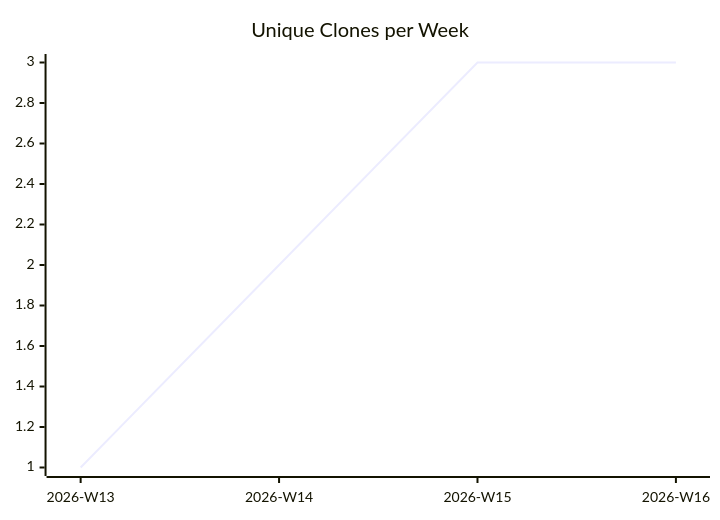
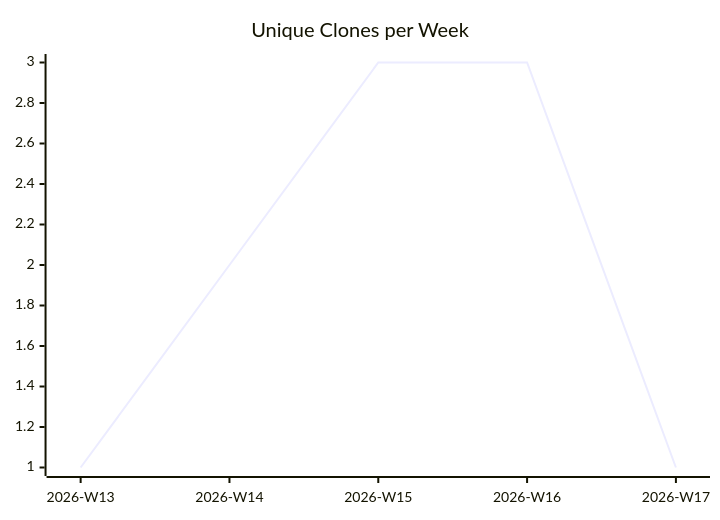
Before and after one commit to justdavis-family/github-analytics-data: the third of 3 diagrams in karlmdavis/xmlpull/README.md, drawn with Mermaid. The commit also changed other lines of this file and 192 other files, not shown here.

````diff
--- a/karlmdavis/xmlpull/README.md
+++ b/karlmdavis/xmlpull/README.md
@@ -19,6 +19,6 @@
 ```mermaid
 xychart-beta
   title "Unique Clones per Week"
-  x-axis ["2026-W13", "2026-W14", "2026-W15", "2026-W16"]
-  line [1, 2, 3, 3]
+  x-axis ["2026-W13", "2026-W14", "2026-W15", "2026-W16", "2026-W17"]
+  line [1, 2, 3, 3, 1]
 ```
````
